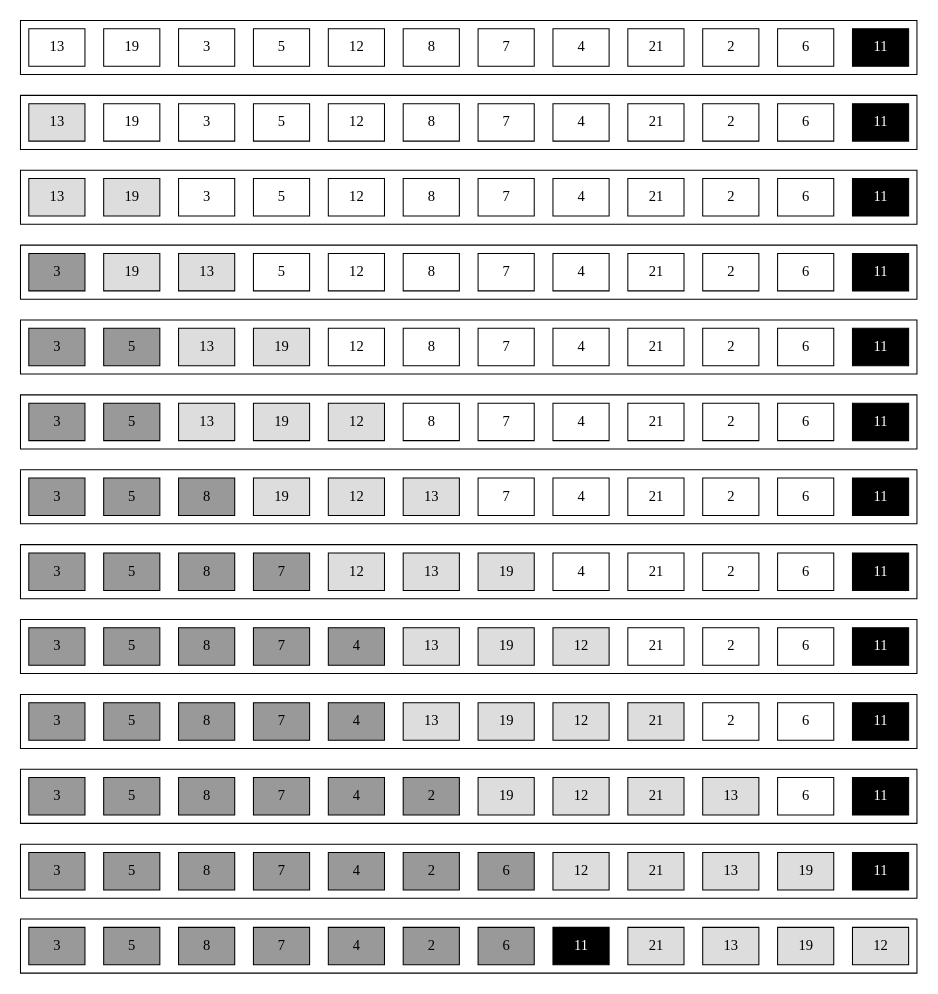
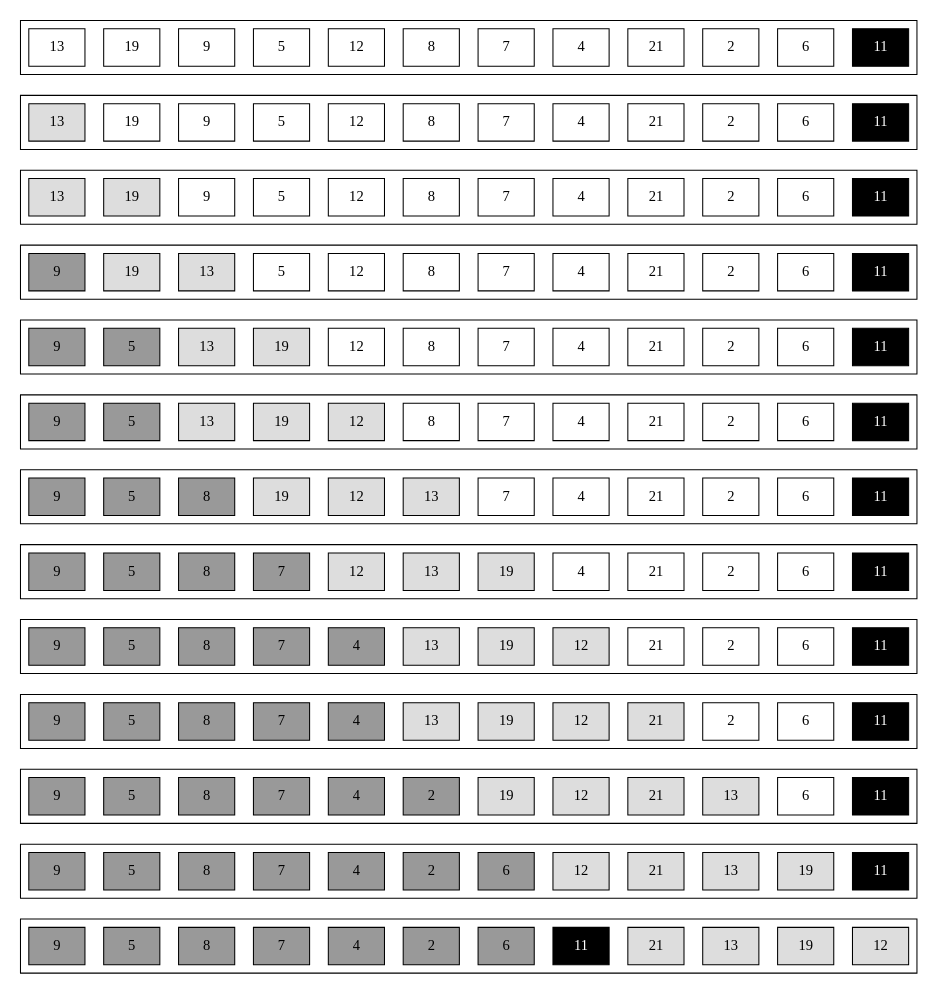
Before and after one commit to skanev/playground: the diagram in other/clrs/07/01/01.dot, drawn with Graphviz.

Commit message:
Updated 01.dot
elements mismatch from question (first element 9 not 3). Doesn't matter much though!

```diff
--- a/other/clrs/07/01/01.dot
+++ b/other/clrs/07/01/01.dot
@@ -4,7 +4,7 @@
   subgraph cluster_A {
     a1[label=13];
     a2[label=19];
-    a3[label=3];
+    a3[label=9];
     a4[label=5];
     a5[label=12];
     a6[label=8];
@@ -24,7 +24,7 @@
   subgraph cluster_B {
     b1[label=13 fillcolor="#dddddd"];
     b2[label=19];
-    b3[label=3];
+    b3[label=9];
     b4[label=5];
     b5[label=12];
     b6[label=8];
@@ -44,7 +44,7 @@
   subgraph cluster_C {
     c1[label=13 fillcolor="#dddddd"];
     c2[label=19 fillcolor="#dddddd"];
-    c3[label=3];
+    c3[label=9];
     c4[label=5];
     c5[label=12];
     c6[label=8];
@@ -62,7 +62,7 @@
   }
 
   subgraph cluster_D {
-    d1[label=3 fillcolor="#999999"];
+    d1[label=9 fillcolor="#999999"];
     d2[label=19 fillcolor="#dddddd"];
     d3[label=13 fillcolor="#dddddd"];
     d4[label=5];
@@ -82,7 +82,7 @@
   }
 
   subgraph cluster_E {
-    e1[label=3 fillcolor="#999999"];
+    e1[label=9 fillcolor="#999999"];
     e2[label=5 fillcolor="#999999"];
     e3[label=13 fillcolor="#dddddd"];
     e4[label=19 fillcolor="#dddddd"];
@@ -102,7 +102,7 @@
   }
 
   subgraph cluster_F {
-    f1[label=3 fillcolor="#999999"];
+    f1[label=9 fillcolor="#999999"];
     f2[label=5 fillcolor="#999999"];
     f3[label=13 fillcolor="#dddddd"];
     f4[label=19 fillcolor="#dddddd"];
@@ -122,7 +122,7 @@
   }
 
   subgraph cluster_G {
-    g1[label=3 fillcolor="#999999"];
+    g1[label=9 fillcolor="#999999"];
     g2[label=5 fillcolor="#999999"];
     g3[label=8 fillcolor="#999999"];
     g4[label=19 fillcolor="#dddddd"];
@@ -142,7 +142,7 @@
   }
 
   subgraph cluster_H {
-    h1[label=3 fillcolor="#999999"];
+    h1[label=9 fillcolor="#999999"];
     h2[label=5 fillcolor="#999999"];
     h3[label=8 fillcolor="#999999"];
     h4[label=7 fillcolor="#999999"];
@@ -162,7 +162,7 @@
   }
 
   subgraph cluster_I {
-    i1[label=3 fillcolor="#999999"];
+    i1[label=9 fillcolor="#999999"];
     i2[label=5 fillcolor="#999999"];
     i3[label=8 fillcolor="#999999"];
     i4[label=7 fillcolor="#999999"];
@@ -182,7 +182,7 @@
   }
 
   subgraph cluster_J {
-    j1[label=3 fillcolor="#999999"];
+    j1[label=9 fillcolor="#999999"];
     j2[label=5 fillcolor="#999999"];
     j3[label=8 fillcolor="#999999"];
     j4[label=7 fillcolor="#999999"];
@@ -202,7 +202,7 @@
   }
 
   subgraph cluster_K {
-    k1[label=3 fillcolor="#999999"];
+    k1[label=9 fillcolor="#999999"];
     k2[label=5 fillcolor="#999999"];
     k3[label=8 fillcolor="#999999"];
     k4[label=7 fillcolor="#999999"];
@@ -222,7 +222,7 @@
   }
 
   subgraph cluster_L {
-    l1[label=3 fillcolor="#999999"];
+    l1[label=9 fillcolor="#999999"];
     l2[label=5 fillcolor="#999999"];
     l3[label=8 fillcolor="#999999"];
     l4[label=7 fillcolor="#999999"];
@@ -242,7 +242,7 @@
   }
 
   subgraph cluster_M {
-    m1[label=3 fillcolor="#999999"];
+    m1[label=9 fillcolor="#999999"];
     m2[label=5 fillcolor="#999999"];
     m3[label=8 fillcolor="#999999"];
     m4[label=7 fillcolor="#999999"];
```
